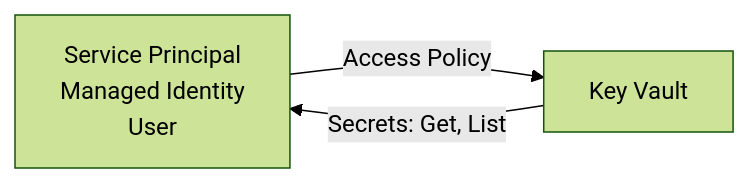
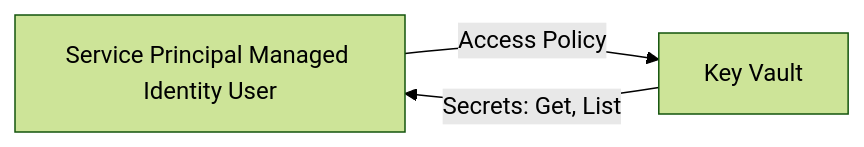
One commit to SoniiiT/notes-n-docs changed the second of 5 diagrams in Microsoft 365/Azure/Identität und Schlüssel/Azure Key Vault.md. Above: the diagram before and after it, drawn with Mermaid (forest theme). The commit also changed other lines of this file and 124 other files, not shown here.

First line of the commit message:
fix: Entferne \n aus allen Mermaid-Diagrammen (125 Dateien)

````diff
--- a/Microsoft 365/Azure/Identität und Schlüssel/Azure Key Vault.md
+++ b/Microsoft 365/Azure/Identität und Schlüssel/Azure Key Vault.md
@@ -111,5 +111,5 @@
 ```mermaid
 graph LR
-    SP[Service Principal\nManaged Identity\nUser] -->|Access Policy| KV[Key Vault]
+    SP[Service Principal Managed Identity User] -->|Access Policy| KV[Key Vault]
     KV -->|Secrets: Get, List| SP
 ```
````
